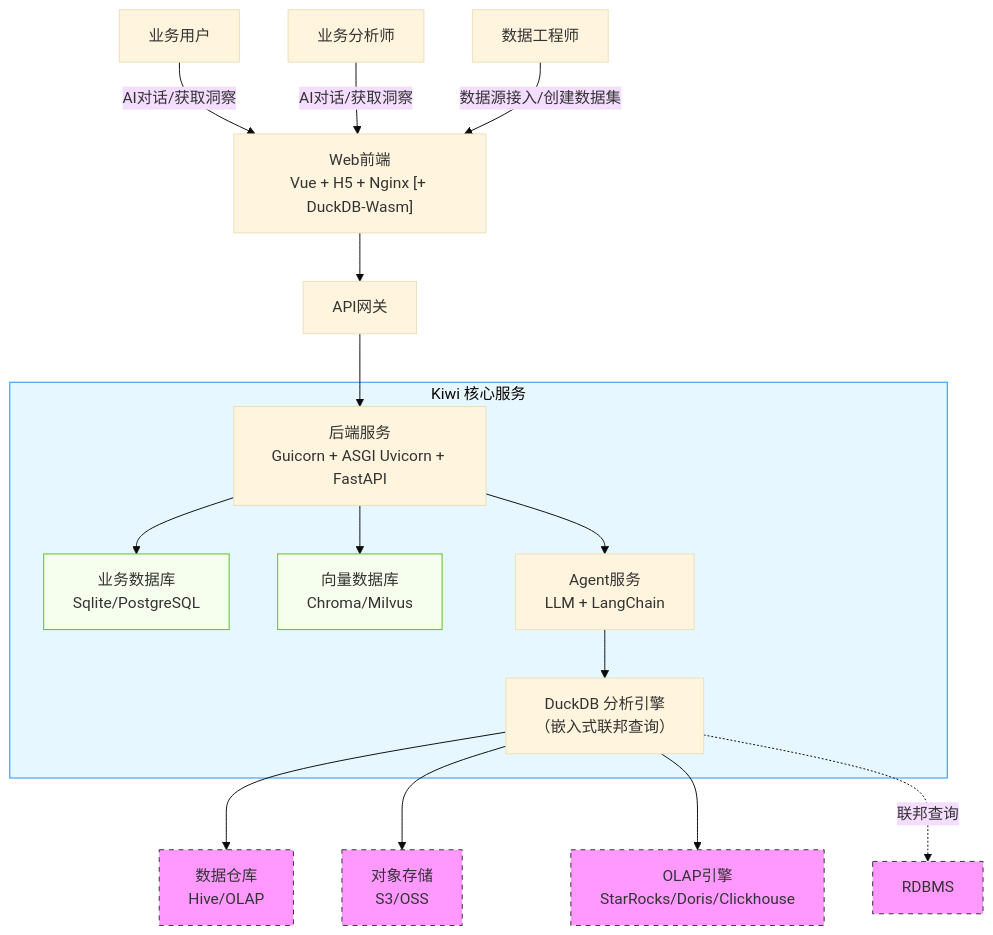
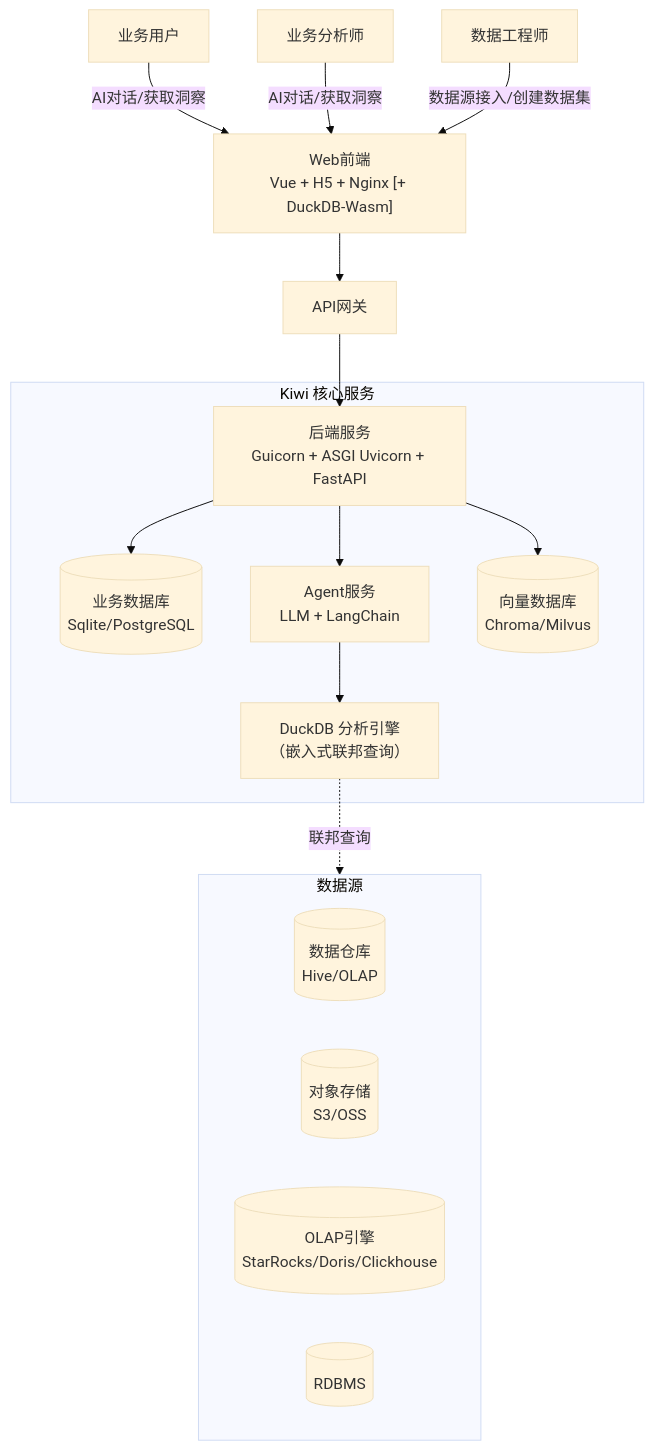
The seventh of 14 diagrams in docs/PRD.md (carmhuo/kiwi-agent), drawn with Mermaid (base theme) before and after one commit. The commit also changed other lines of this file, not shown here.

````diff
--- a/docs/PRD.md
+++ b/docs/PRD.md
@@ -300,40 +370,41 @@
 ```mermaid
 graph TD
 %% ========== 用户角色 ==========
     biz_customer["业务用户"] -->|AI对话/获取洞察| Frontend
     ba_customer["业务分析师"] -->|AI对话/获取洞察| Frontend
     admin["数据工程师"] -->|数据源接入/创建数据集| Frontend
 %% ========== 前端系统 ==========
     Frontend["Web前端<br>Vue + H5 + Nginx [+ DuckDB-Wasm]"]
 %% ========= 网关 ===========
     Gateway["API网关"]
 %% ========== 核心服务容器 ==========
     subgraph Kiwi_Core["Kiwi 核心服务"]
         Backend["后端服务<br>Guicorn + ASGI Uvicorn + FastAPI"]
-        Database["业务数据库<br>Sqlite/PostgreSQL"]
-        VectorDB["向量数据库<br>Chroma/Milvus"]
+        Database[("业务数据库<br>Sqlite/PostgreSQL")]
         LangchainService["Agent服务<br>LLM + LangChain"]
         DuckDB["DuckDB 分析引擎<br>（嵌入式联邦查询）"]
+        VectorDB[("向量数据库<br>Chroma/Milvus")]
     end
-
-%% ========== 数据流连接 ==========
+%% ========== 外部数据源 ==========
+    subgraph data_source["数据源"]
+        DataWarehouse[("数据仓库<br>Hive/OLAP")]
+        FilePlatform[("对象存储<br>S3/OSS")]
+        OLAP[("OLAP引擎<br>StarRocks/Doris/Clickhouse")]
+        OtherDBs[("RDBMS")]
+    end
+%% ========== 数据流 ==========    
     Frontend --> Gateway
     Gateway --> Backend
     Backend --> Database
     Backend --> VectorDB
     Backend --> LangchainService
     LangchainService --> DuckDB
-%% ========== 外部系统集成 ==========
-    DuckDB --> DataWarehouse["数据仓库<br>Hive/OLAP"]
-    DuckDB --> FilePlatform["对象存储<br>S3/OSS"]
-    DuckDB --> rdbms["OLAP引擎<br>StarRocks/Doris/Clickhouse"]
-%% ========== 联邦查询示意 ==========
-    DuckDB -.->|联邦查询| ExternalDB["RDBMS"]
+    DuckDB -.->|联邦查询| data_source
 %% ========== 图例说明 ==========
-    classDef external fill: #f9f, stroke: #333, stroke-dasharray: 5 5
-    classDef core fill: #e6f7ff, stroke: #1890ff
-    classDef db fill: #f6ffed, stroke: #52c41a
-    class Kiwi_Core core
-class DataWarehouse,FilePlatform,rdbms,ExternalDB external
-class Database,VectorDB db
+%%    classDef external fill: #f9f, stroke: #333, stroke-dasharray: 5 5
+%%    classDef core fill: #e6f7ff, stroke: #1890ff
+%%    classDef db fill: #f6ffed, stroke: #52c41a
+%%    class Kiwi_Core core
+%%    class DataWarehouse, FilePlatform, rdbms, ExternalDB external
+%%    class Database, VectorDB db
 ```
````
